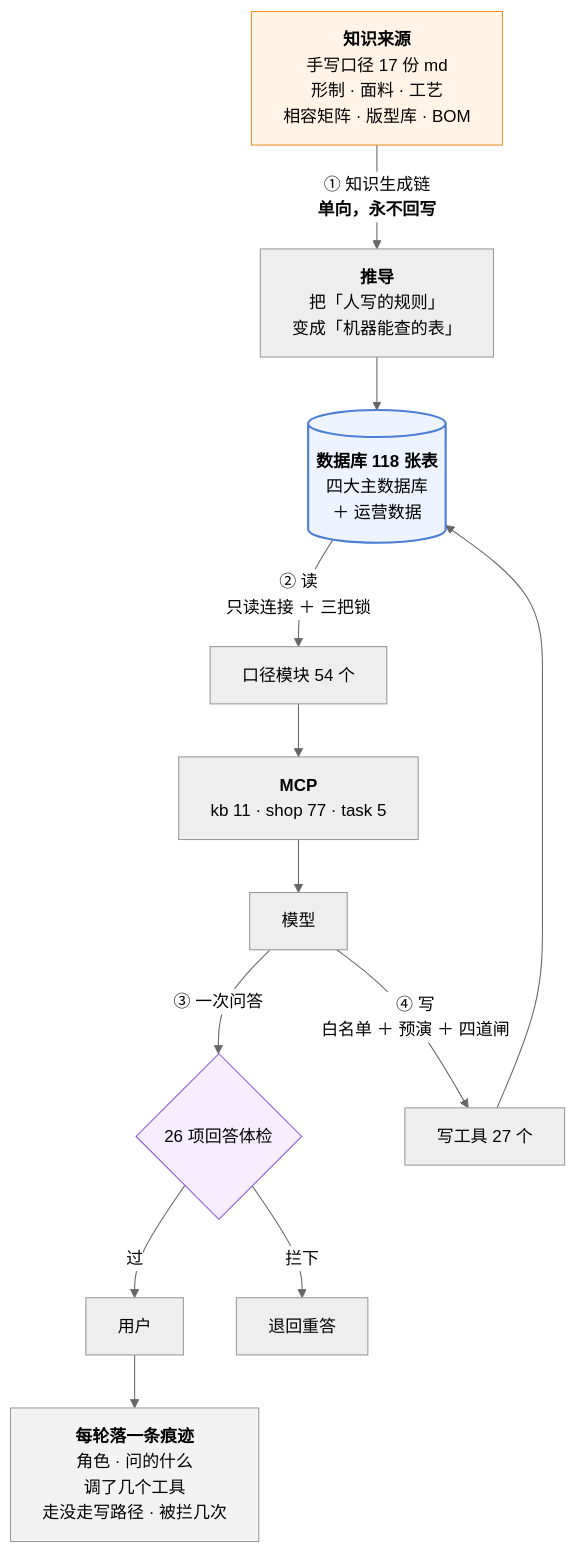
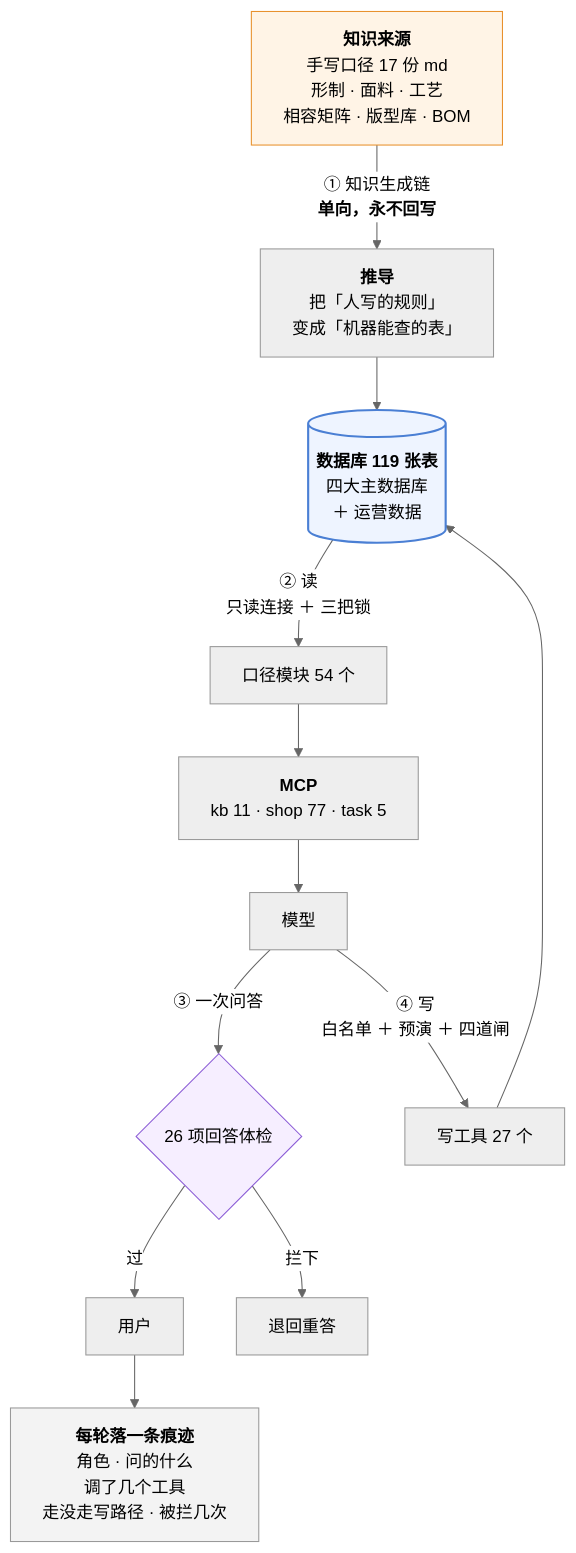
One commit to 843773296-rgb/lanxiu-yunshang-agent changed the third of 3 diagrams in 澜绣云裳agent-产品说明.md. Above: the diagram before and after it, drawn with Mermaid (neutral theme). The commit also changed other lines of this file and 19 other files, not shown here.

````diff
--- a/澜绣云裳agent-产品说明.md
+++ b/澜绣云裳agent-产品说明.md
@@ -969,24 +969,24 @@
 ```mermaid
 flowchart TD
     MD["<b>知识来源</b><br/>手写口径 17 份 md<br/>形制 · 面料 · 工艺<br/>相容矩阵 · 版型库 · BOM"]
     MD -->|"① 知识生成链<br/><b>单向，永不回写</b>"| DV["<b>推导</b><br/>把「人写的规则」<br/>变成「机器能查的表」"]
-    DV --> DB[("<b>数据库 118 张表</b><br/>四大主数据库<br/>＋ 运营数据")]
+    DV --> DB[("<b>数据库 119 张表</b><br/>四大主数据库<br/>＋ 运营数据")]
 
     DB -->|"② 读<br/>只读连接 ＋ 三把锁"| KJ["口径模块 54 个"]
     KJ --> MCP["<b>MCP</b><br/>kb 11 · shop 77 · task 5"]
     MCP --> LLM["模型"]
 
     LLM -->|"③ 一次问答"| GD{"26 项回答体检"}
     GD -- 过 --> U["用户"]
     GD -- 拦下 --> RE["退回重答"]
 
     LLM -->|"④ 写<br/>白名单 ＋ 预演 ＋ 四道闸"| W["写工具 27 个"]
     W --> DB
 
     U --> TR["<b>每轮落一条痕迹</b><br/>角色 · 问的什么<br/>调了几个工具<br/>走没走写路径 · 被拦几次"]
 
     style MD fill:#fff4e6,stroke:#e8912d
     style DB fill:#eef4ff,stroke:#4a7fd4,stroke-width:2px
     style GD fill:#f6eeff,stroke:#8b5cd6
     style TR fill:#f3f3f3,stroke:#999
 ```
````
